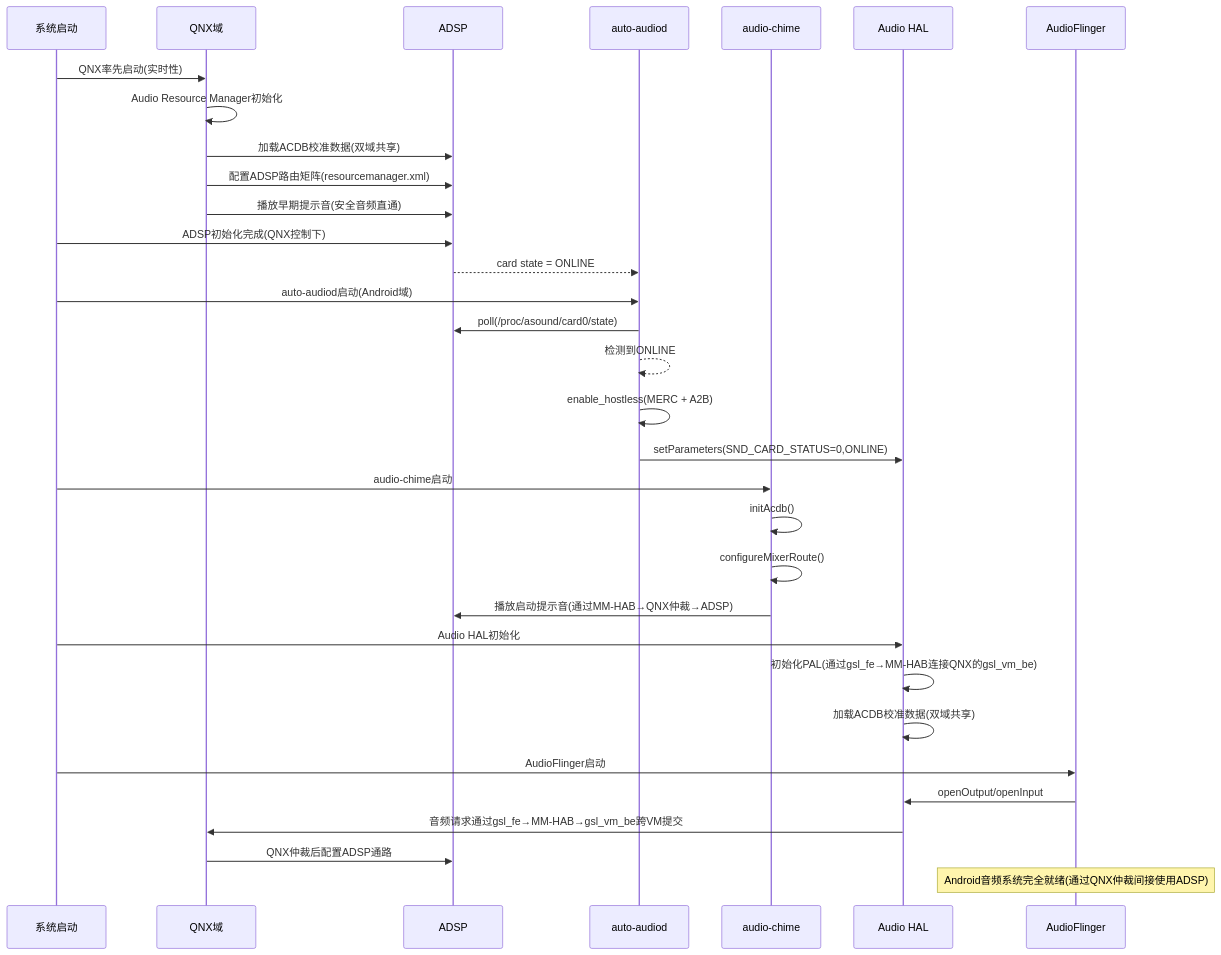
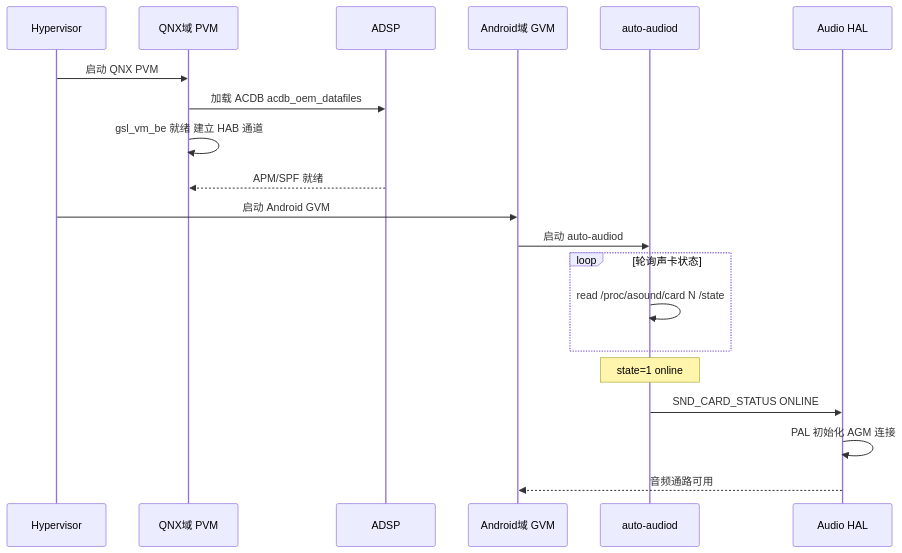
One commit to yanglinzhen1022/SA8295_AAOS_QNX_Audio_KnowledgeBase changed the second of 4 diagrams in 16_Vendor_QNX_Architecture/16_16.12_Android+QNX双域架构总结.md. Above: the diagram before and after it, drawn with Mermaid. The commit also changed other lines of this file and 48 other files, not shown here.

````diff
--- a/16_Vendor_QNX_Architecture/16_16.12_Android+QNX双域架构总结.md
+++ b/16_Vendor_QNX_Architecture/16_16.12_Android+QNX双域架构总结.md
@@ -87,40 +107,23 @@
 ```mermaid
 sequenceDiagram
-    participant BOOT as 系统启动
-    participant QNX as QNX域
+    participant HYP as Hypervisor
+    participant QNX as QNX域 PVM
     participant ADSP as ADSP
+    participant GVM as Android域 GVM
     participant AUDIOD as auto-audiod
-    participant CHIME as audio-chime
     participant AHAL as Audio HAL
-    participant AF as AudioFlinger
 
-    BOOT->>QNX: QNX率先启动(实时性)
-    QNX->>QNX: Audio Resource Manager初始化
-    QNX->>ADSP: 加载ACDB校准数据(双域共享)
-    QNX->>ADSP: 配置ADSP路由矩阵(resourcemanager.xml)
-    QNX->>ADSP: 播放早期提示音(安全音频直通)
-
-    BOOT->>ADSP: ADSP初始化完成(QNX控制下)
-    ADSP-->>AUDIOD: card state = ONLINE
-
-    BOOT->>AUDIOD: auto-audiod启动(Android域)
-    AUDIOD->>ADSP: poll(/proc/asound/card0/state)
-    AUDIOD-->>AUDIOD: 检测到ONLINE
-    AUDIOD->>AUDIOD: enable_hostless(MERC + A2B)
-    AUDIOD->>AHAL: setParameters(SND_CARD_STATUS=0,ONLINE)
-
-    BOOT->>CHIME: audio-chime启动
-    CHIME->>CHIME: initAcdb()
-    CHIME->>CHIME: configureMixerRoute()
-    CHIME->>ADSP: 播放启动提示音(通过MM-HAB→QNX仲裁→ADSP)
-
-    BOOT->>AHAL: Audio HAL初始化
-    AHAL->>AHAL: 初始化PAL(通过gsl_fe→MM-HAB连接QNX的gsl_vm_be)
-    AHAL->>AHAL: 加载ACDB校准数据(双域共享)
-
-    BOOT->>AF: AudioFlinger启动
-    AF->>AHAL: openOutput/openInput
-    AHAL->>QNX: 音频请求通过gsl_fe→MM-HAB→gsl_vm_be跨VM提交
-    QNX->>ADSP: QNX仲裁后配置ADSP通路
-    Note over AF: Android音频系统完全就绪(通过QNX仲裁间接使用ADSP)
+    HYP->>QNX: 启动 QNX PVM
+    QNX->>ADSP: 加载 ACDB acdb_oem_datafiles
+    QNX->>QNX: gsl_vm_be 就绪 建立 HAB 通道
+    ADSP-->>QNX: APM/SPF 就绪
+    HYP->>GVM: 启动 Android GVM
+    GVM->>AUDIOD: 启动 auto-audiod
+    loop 轮询声卡状态
+        AUDIOD->>AUDIOD: read /proc/asound/card N /state
+    end
+    Note over AUDIOD: state=1 online
+    AUDIOD->>AHAL: SND_CARD_STATUS ONLINE
+    AHAL->>AHAL: PAL 初始化 AGM 连接
+    AHAL-->>GVM: 音频通路可用
 ```
````
